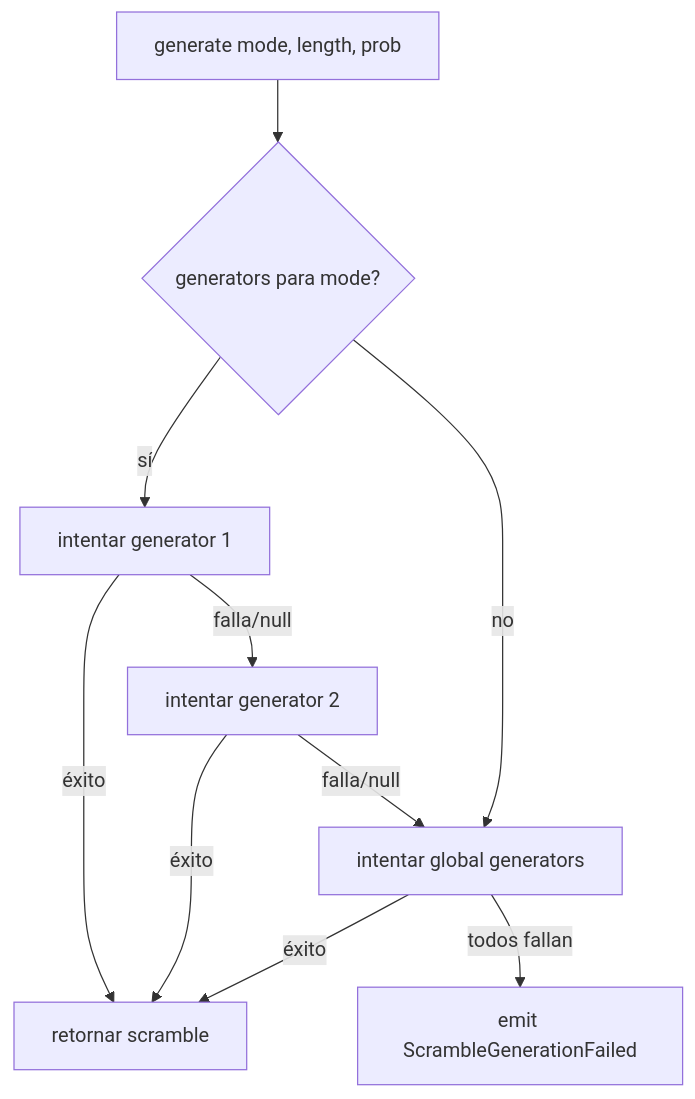
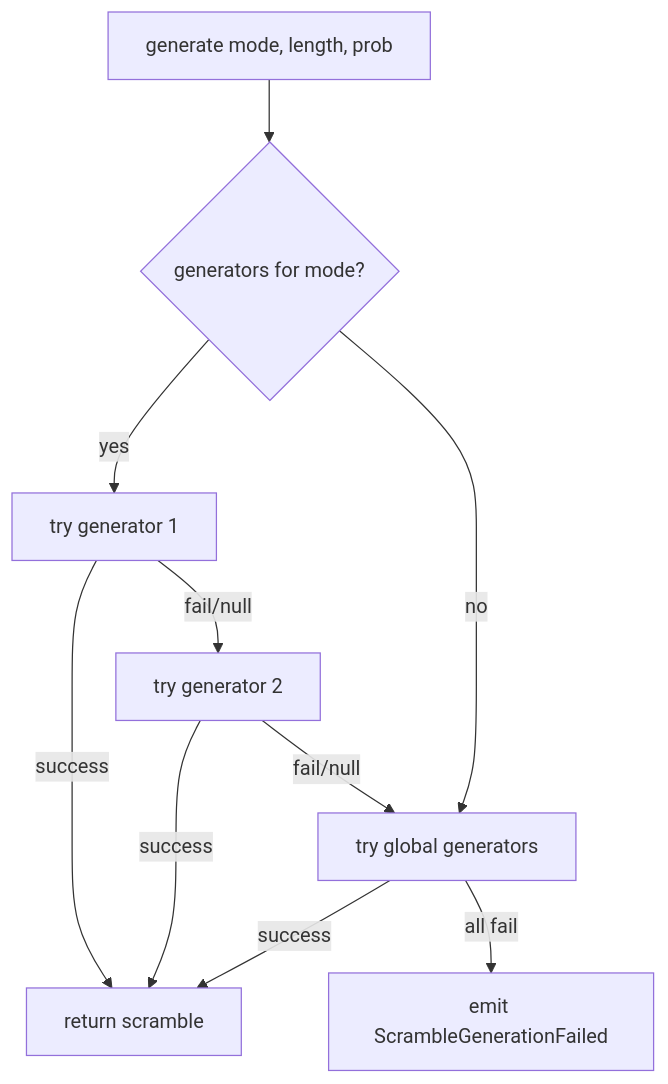
Before and after one commit to isaacvr/cubicdb: the diagram in docs/architecture/timer/scramble.md, drawn with Mermaid. The commit also changed other lines of this file and 30 other files, not shown here.

````diff
--- a/docs/architecture/timer/scramble.md
+++ b/docs/architecture/timer/scramble.md
@@ -63,14 +63,14 @@
 ```mermaid
 flowchart TD
-    A[generate mode, length, prob] --> B{generators para mode?}
-    B -->|sí| C[intentar generator 1]
-    B -->|no| F[intentar global generators]
+    A[generate mode, length, prob] --> B{generators for mode?}
+    B -->|yes| C[try generator 1]
+    B -->|no| F[try global generators]
 
-    C -->|éxito| D[retornar scramble]
-    C -->|falla/null| E[intentar generator 2]
-    E -->|éxito| D
-    E -->|falla/null| F
+    C -->|success| D[return scramble]
+    C -->|fail/null| E[try generator 2]
+    E -->|success| D
+    E -->|fail/null| F
 
-    F -->|éxito| D
-    F -->|todos fallan| G[emit ScrambleGenerationFailed]
+    F -->|success| D
+    F -->|all fail| G[emit ScrambleGenerationFailed]
 ```
````
